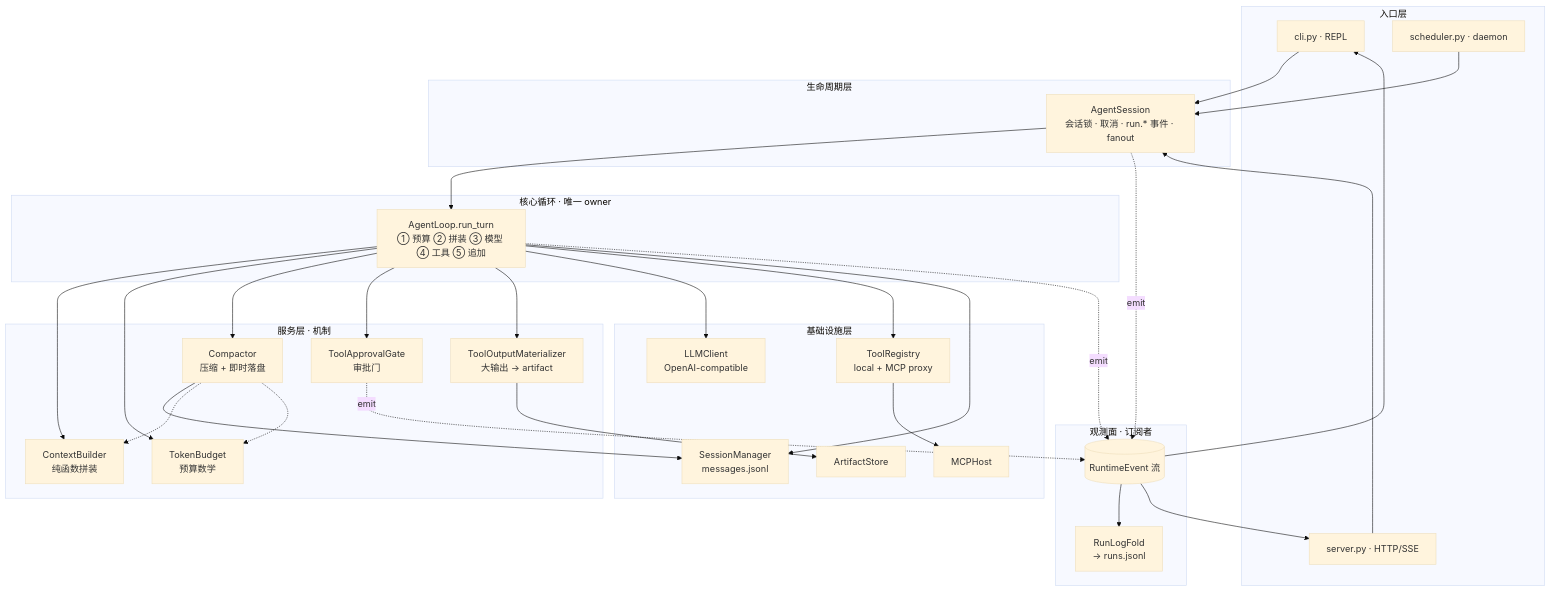
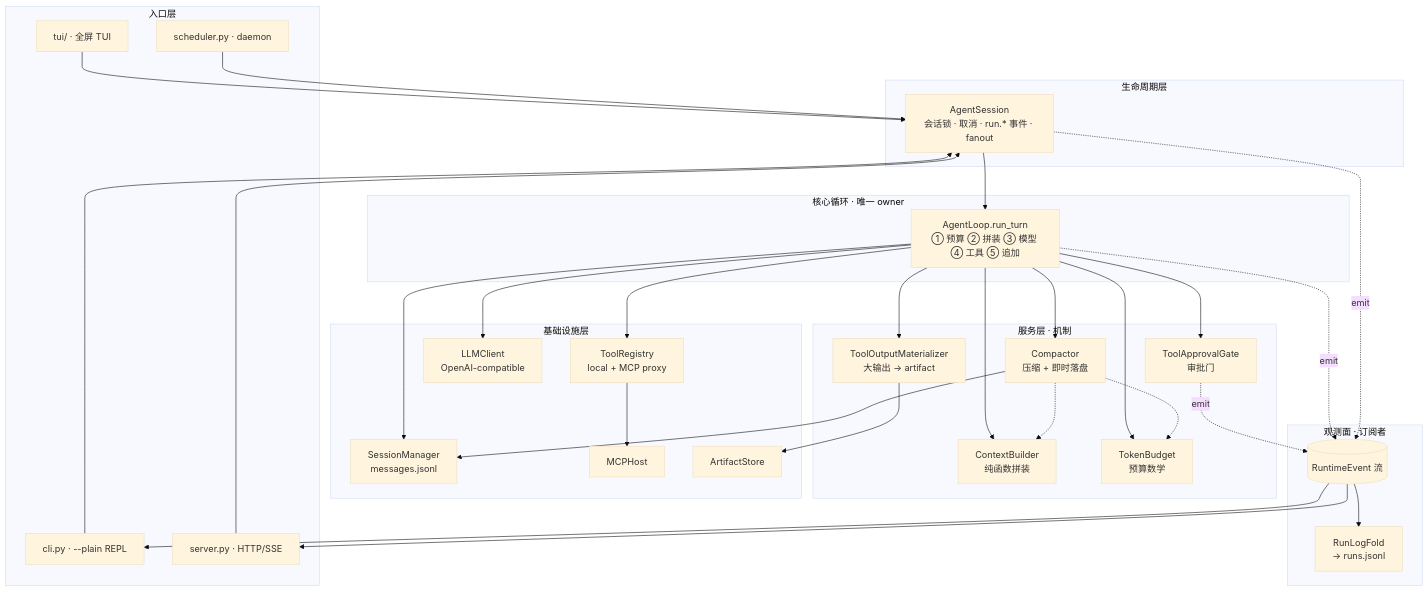
Before and after one commit to Jiminyang1/minibot: the first of 3 diagrams in docs/architecture.md, drawn with Mermaid (base theme). The commit also changed other lines of this file and 8 other files, not shown here.

````diff
--- a/docs/architecture.md
+++ b/docs/architecture.md
@@ -11,54 +11,56 @@
 ```mermaid
 flowchart TB
     subgraph entry [入口层]
-        CLI[cli.py · REPL]
+        TUI[tui/ · 全屏 TUI]
+        CLI[cli.py · --plain REPL]
         SRV[server.py · HTTP/SSE]
         SCHED[scheduler.py · daemon]
     end
 
     subgraph lifecycle [生命周期层]
         AS["AgentSession<br/>会话锁 · 取消 · run.* 事件 · fanout"]
     end
 
     subgraph loop [核心循环 · 唯一 owner]
         AL["AgentLoop.run_turn<br/>① 预算 ② 拼装 ③ 模型 ④ 工具 ⑤ 追加"]
     end
 
     subgraph services [服务层 · 机制]
         CB["ContextBuilder<br/>纯函数拼装"]
         TB["TokenBudget<br/>预算数学"]
         CP["Compactor<br/>压缩 + 即时落盘"]
         GATE["ToolApprovalGate<br/>审批门"]
         MAT["ToolOutputMaterializer<br/>大输出 → artifact"]
     end
 
     subgraph infra [基础设施层]
         SM["SessionManager<br/>messages.jsonl"]
         TRG["ToolRegistry<br/>local + MCP proxy"]
         LLM["LLMClient<br/>OpenAI-compatible"]
         MCP[MCPHost]
         ART[ArtifactStore]
     end
 
     subgraph obs [观测面 · 订阅者]
         EV[("RuntimeEvent 流")]
         FOLD["RunLogFold<br/>→ runs.jsonl"]
     end
 
+    TUI --> AS
     CLI --> AS
     SRV --> AS
     SCHED --> AS
     AS --> AL
     AL --> CB & TB & CP & GATE & MAT
     AL --> LLM
     AL --> TRG
     AL --> SM
     CP --> SM
     CP -.-> CB & TB
     MAT --> ART
     TRG --> MCP
     AL -. emit .-> EV
     AS -. emit .-> EV
     GATE -. emit .-> EV
     EV --> FOLD & CLI & SRV
 ```
````
